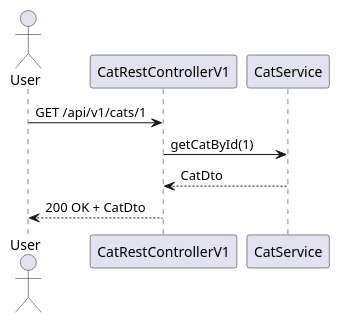
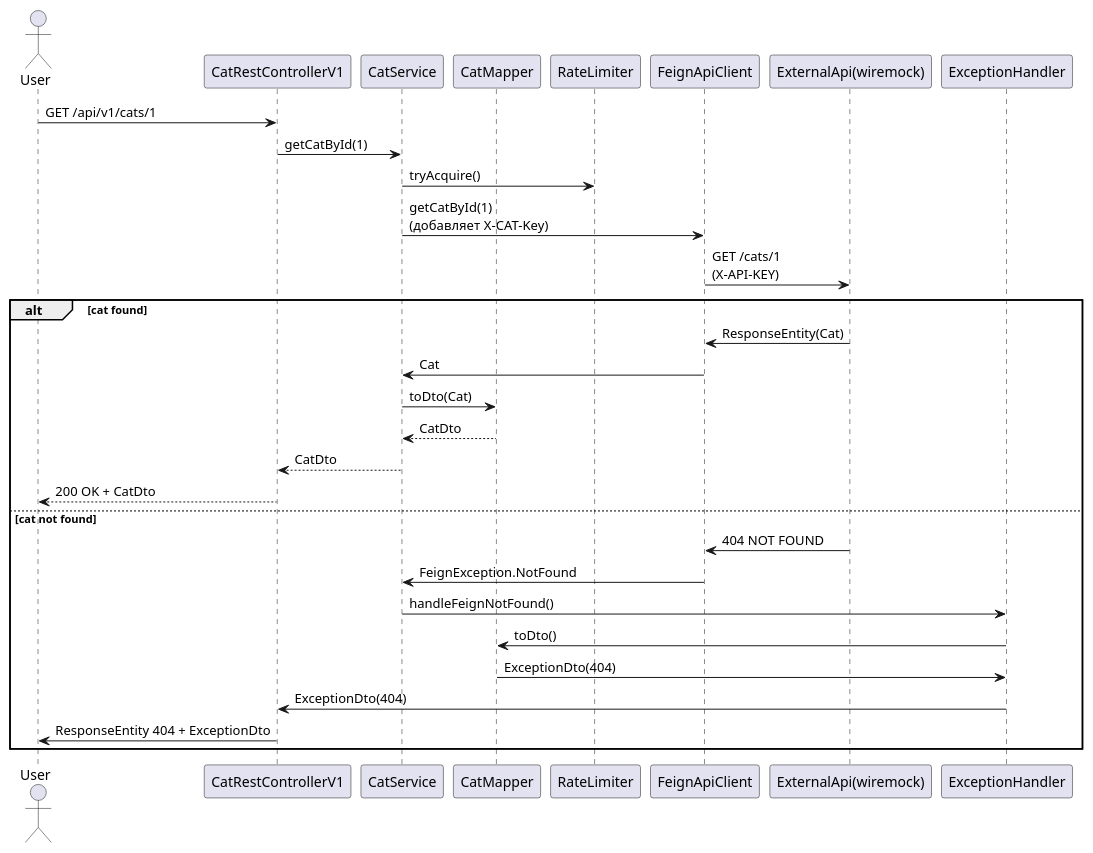
The diagram in sequence-diagram.puml (Alex-Surkov/WeqApiIntegration), drawn with PlantUML before and after one commit. The commit also changed 1 other file, not shown here.

Commit message:
Sequence diagram ready

```diff
--- a/sequence-diagram.puml
+++ b/sequence-diagram.puml
@@ -1,9 +1,32 @@
-@startuml
+@startuml CatIntegration_Sequence
 actor User
 participant "CatRestControllerV1" as Controller
 participant "CatService" as Service
+participant "CatMapper" as mapper
+participant "RateLimiter" as limiter
+participant "FeignApiClient" as feignClient
+participant "ExternalApi(wiremock)"
+participant "ExceptionHandler"
 User -> Controller : GET /api/v1/cats/1
+
 Controller -> Service : getCatById(1)
-Service --> Controller : CatDto
-Controller --> User : 200 OK + CatDto
+Service -> limiter : tryAcquire()
+Service -> feignClient : getCatById(1) \n(добавляет X-CAT-Key)
+feignClient -> "ExternalApi(wiremock)" : GET /cats/1 \n(X-API-KEY)
+    alt cat found
+    "ExternalApi(wiremock)" -> feignClient : ResponseEntity(Cat)
+    feignClient -> Service : Cat
+    Service -> mapper : toDto(Cat)
+    mapper ---> Service : CatDto
+    Service --> Controller : CatDto
+    Controller --> User : 200 OK + CatDto
+else cat not found
+    "ExternalApi(wiremock)" -> feignClient : 404 NOT FOUND
+    feignClient -> Service : FeignException.NotFound
+    Service -> "ExceptionHandler" : handleFeignNotFound()
+    "ExceptionHandler" -> mapper : toDto()
+    mapper -> "ExceptionHandler" : ExceptionDto(404)
+    "ExceptionHandler" -> Controller : ExceptionDto(404)
+    Controller -> User : ResponseEntity 404 + ExceptionDto
+end
 @enduml
```
